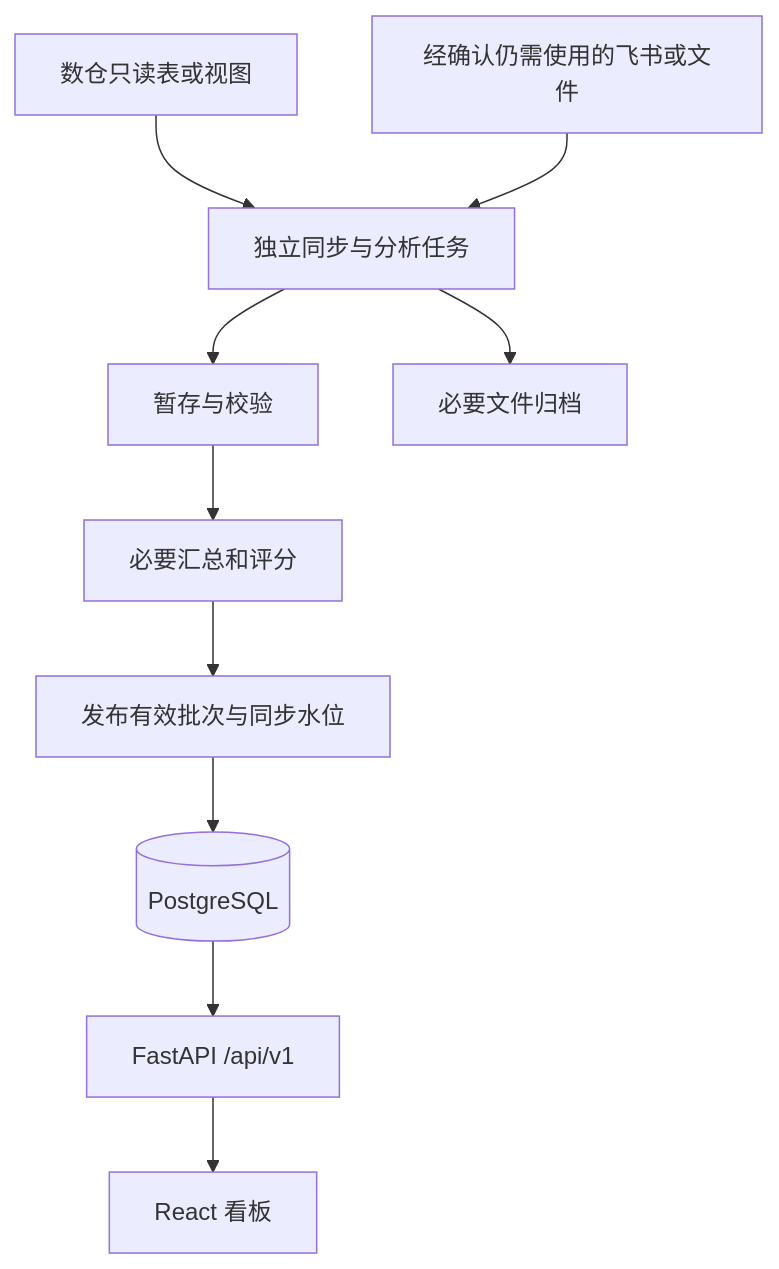
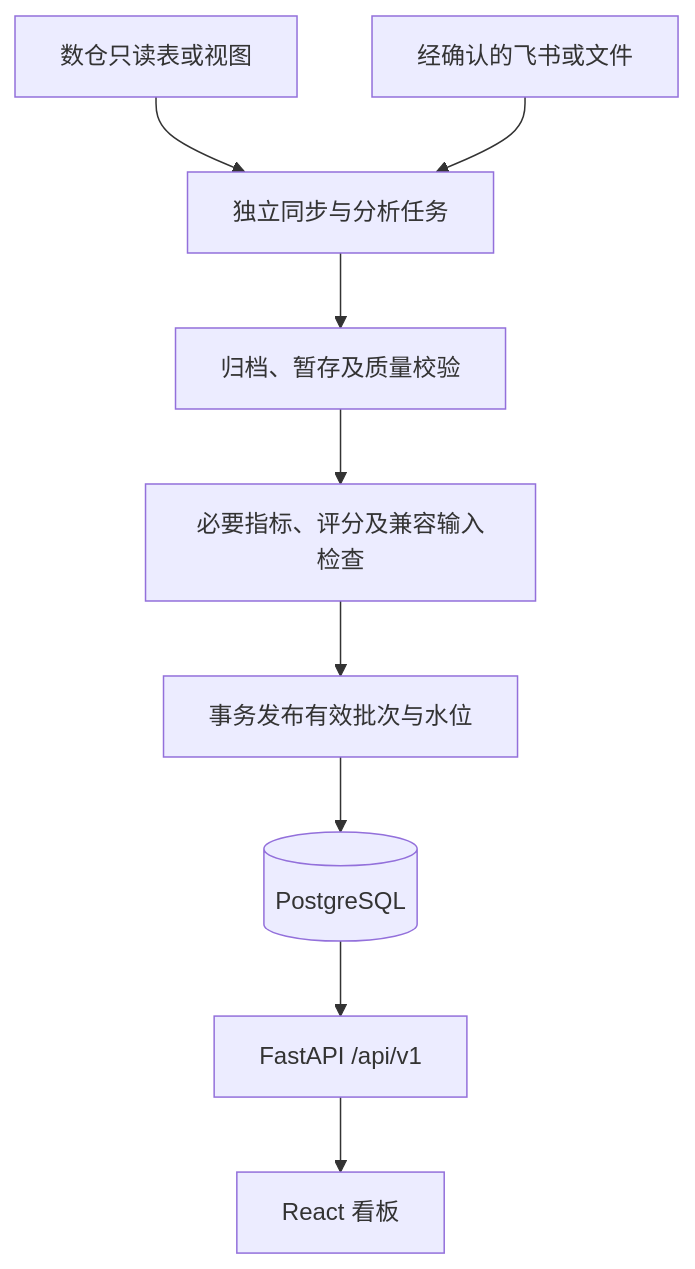
The diagram in docs/architecture.md (sunny-orb/pdd-operations-platform), drawn with Mermaid before and after one commit. The commit also changed other lines of this file and 13 other files, not shown here.

````diff
--- a/docs/architecture.md
+++ b/docs/architecture.md
@@ -23,12 +27,11 @@
 ```mermaid
 flowchart TD
   W[数仓只读表或视图] --> J[独立同步与分析任务]
-  F[经确认仍需使用的飞书或文件] --> J
-  J --> V[暂存与校验]
-  V --> C[必要汇总和评分]
-  C --> P[发布有效批次与同步水位]
+  F[经确认的飞书或文件] --> J
+  J --> V[归档、暂存及质量校验]
+  V --> C[必要指标、评分及兼容输入检查]
+  C --> P[事务发布有效批次与水位]
   P --> D[(PostgreSQL)]
   D --> A[FastAPI /api/v1]
   A --> U[React 看板]
-  J --> R[必要文件归档]
 ```
````
